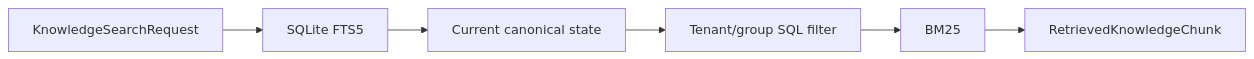
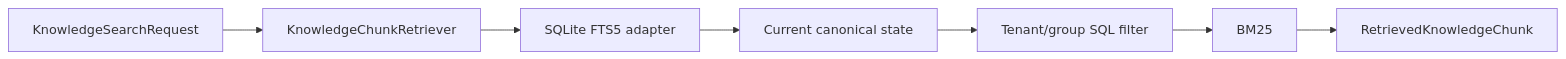
One commit to kumarchandansingh/tropos changed the second of 4 diagrams in docs/architecture/CODEBASE_MAP.md. Above: the diagram before and after it, drawn with Mermaid. The commit also changed other lines of this file and 9 other files, not shown here.

````diff
--- a/docs/architecture/CODEBASE_MAP.md
+++ b/docs/architecture/CODEBASE_MAP.md
@@ -103,9 +112,10 @@
 ```mermaid
 flowchart LR
     Request[KnowledgeSearchRequest]
-    --> FTS[SQLite FTS5]
+    --> Retriever[KnowledgeChunkRetriever]
+    --> FTS[SQLite FTS5 adapter]
     --> Current[Current canonical state]
     --> Access[Tenant/group SQL filter]
     --> Rank[BM25]
     --> Result[RetrievedKnowledgeChunk]
 ```
````
